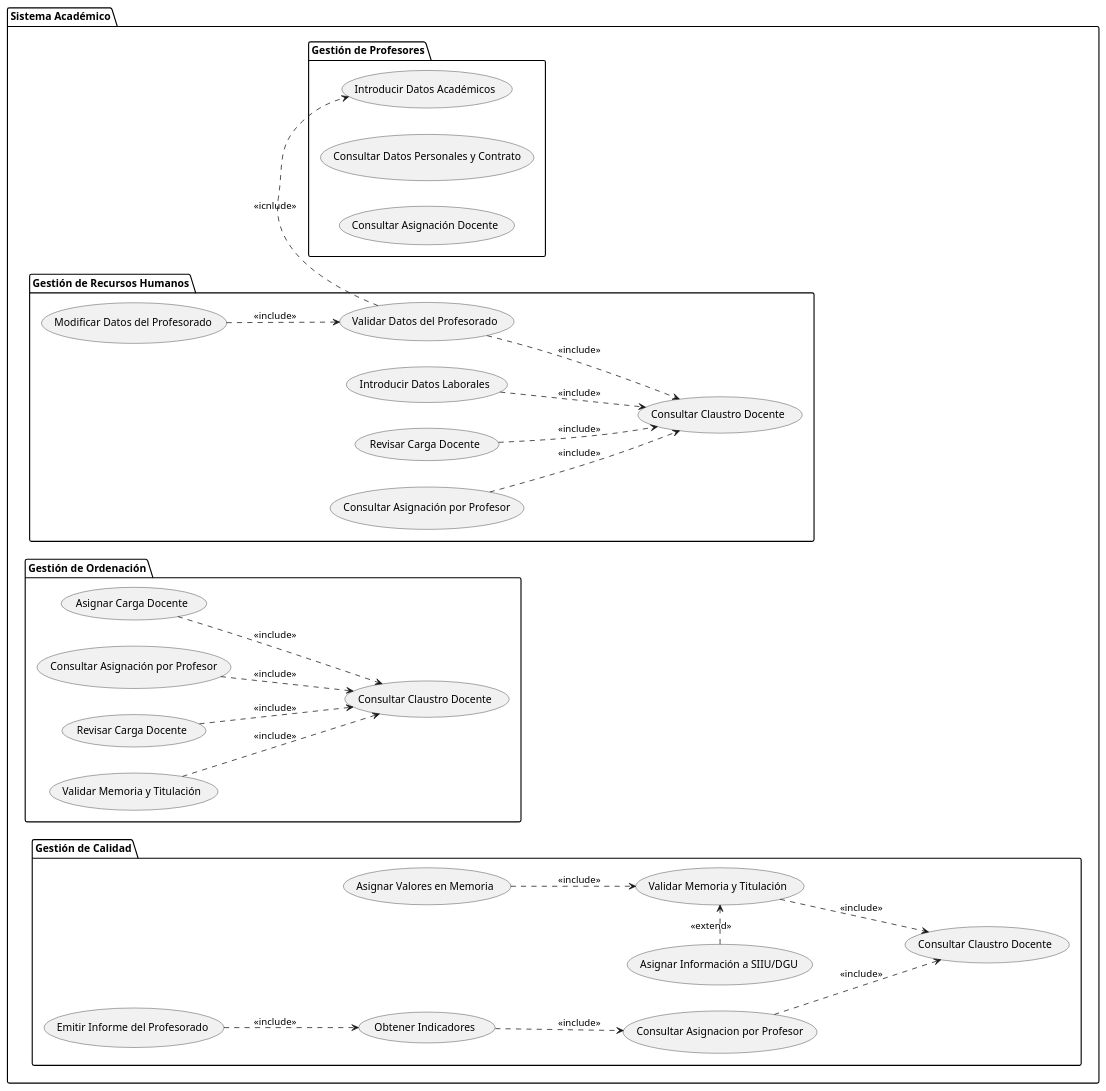
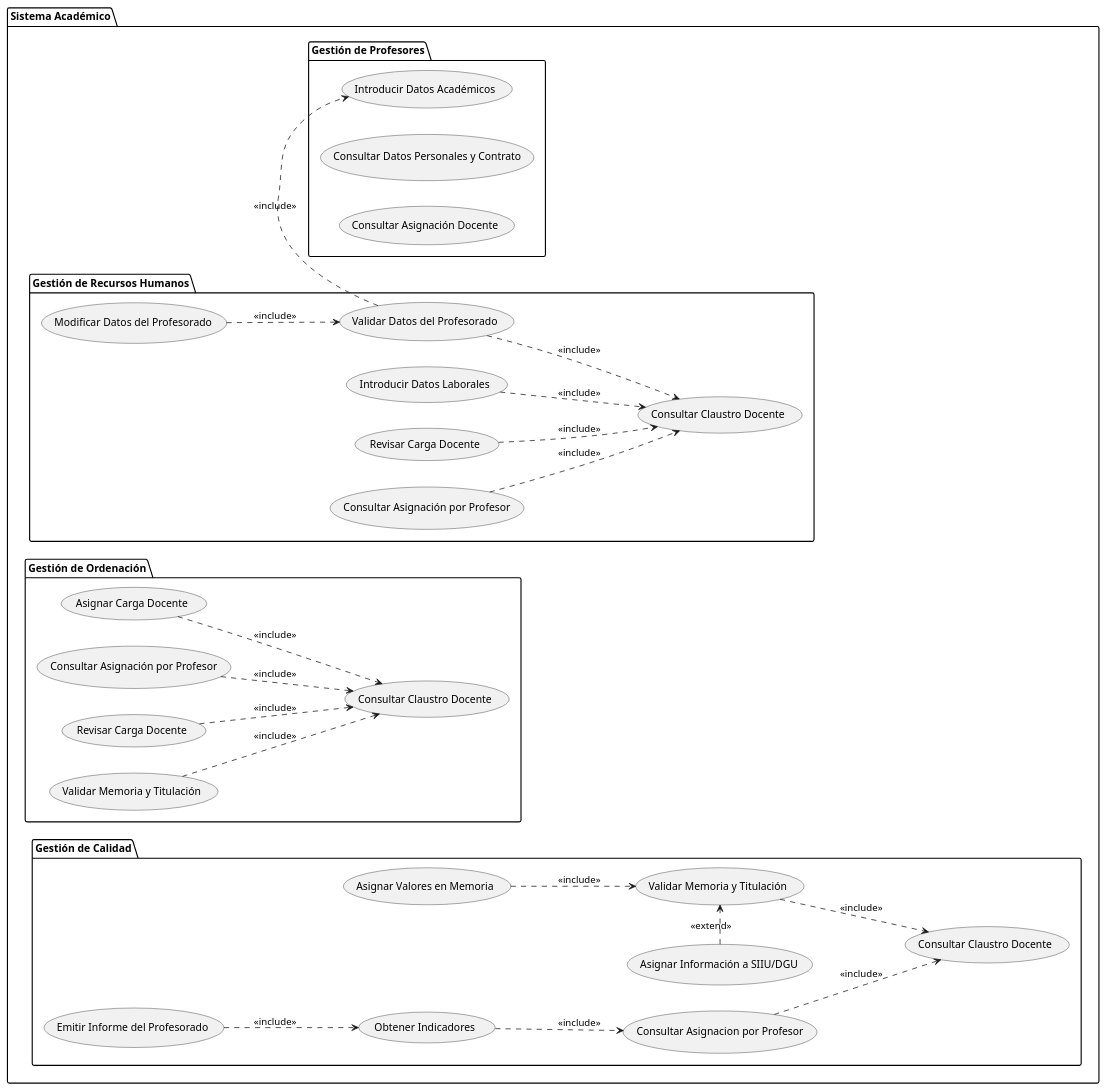
Before and after one commit to mmasias/24-25-IdSw1-SDR: the diagram in modelosUML/CdU/EstructurarCasosDeUso/Sistema.puml, drawn with PlantUML. The commit also changed 2 other files, not shown here.

```diff
--- a/modelosUML/CdU/EstructurarCasosDeUso/Sistema.puml
+++ b/modelosUML/CdU/EstructurarCasosDeUso/Sistema.puml
@@ -1,59 +1,59 @@
 @startuml
 left to right direction
 
 package "Sistema Académico" {
     package "Gestión de Profesores" {
         usecase "Introducir Datos Académicos" as IntroducirExperiencia
         usecase "Consultar Datos Personales y Contrato" as ConsultarDatosPersonales
         usecase "Consultar Asignación Docente" as ConsultarAsignaciones
     }
 
     package "Gestión de Recursos Humanos" {
         usecase "Validar Datos del Profesorado" as ValidarDatosRRHH
         usecase "Modificar Datos del Profesorado" as ModificarDatosRRHH
         usecase "Introducir Datos Laborales" as IntroducirContrato
         usecase "Revisar Carga Docente" as RevisarCargaRRHH
         usecase "Consultar Claustro Docente" as ConsultarClaustroRRHH
         usecase "Consultar Asignación por Profesor" as ConsultarAsignacionRRHH
     }
 
     package "Gestión de Ordenación" {
         usecase "Asignar Carga Docente" as AsignarCargaOrdenacion
         usecase "Consultar Claustro Docente" as ConsultarClaustroOrdenacion
         usecase "Consultar Asignación por Profesor" as ConsultarAsignacionOrdenacion
         usecase "Revisar Carga Docente" as RevisarCargaOrdenacion
         usecase "Validar Memoria y Titulación" as RevisarMemoria
     }
 
     package "Gestión de Calidad" {
         usecase "Consultar Claustro Docente" as ConsultarClaustroCalidad
         usecase "Consultar Asignacion por Profesor" as ConsultarAsignacionCalidad
         usecase "Asignar Valores en Memoria" as AsignarValoresMemoria
         usecase "Asignar Información a SIIU/DGU" as AsignarInformacion
         usecase "Validar Memoria y Titulación" as ValidarMemoria
         usecase "Obtener Indicadores" as ObtenerIndicadores
         usecase "Emitir Informe del Profesorado" as EmitirInforme
     }
 
     ValidarDatosRRHH ..> ConsultarClaustroRRHH : <<include>>
     ModificarDatosRRHH ..> ValidarDatosRRHH : <<include>>
     IntroducirContrato ..> ConsultarClaustroRRHH : <<include>>
     ConsultarAsignacionRRHH ..> ConsultarClaustroRRHH : <<include>>
     RevisarCargaRRHH ..> ConsultarClaustroRRHH : <<include>>
-    ValidarDatosRRHH .> IntroducirExperiencia : <<icnlude>>
+    ValidarDatosRRHH .> IntroducirExperiencia : <<include>>
 
     AsignarCargaOrdenacion ..> ConsultarClaustroOrdenacion : <<include>>
     RevisarMemoria ..> ConsultarClaustroOrdenacion : <<include>>
     ConsultarAsignacionOrdenacion ..> ConsultarClaustroOrdenacion : <<include>>
     RevisarCargaOrdenacion ..> ConsultarClaustroOrdenacion : <<include>>
 
     ValidarMemoria ..> ConsultarClaustroCalidad : <<include>>
     EmitirInforme ..> ObtenerIndicadores : <<include>>
     ObtenerIndicadores ..> ConsultarAsignacionCalidad : <<include>>
     AsignarValoresMemoria ..> ValidarMemoria : <<include>>
     ConsultarAsignacionCalidad ..> ConsultarClaustroCalidad : <<include>>
 
     AsignarInformacion .> ValidarMemoria : <<extend>>
 }
 
 @enduml
```
